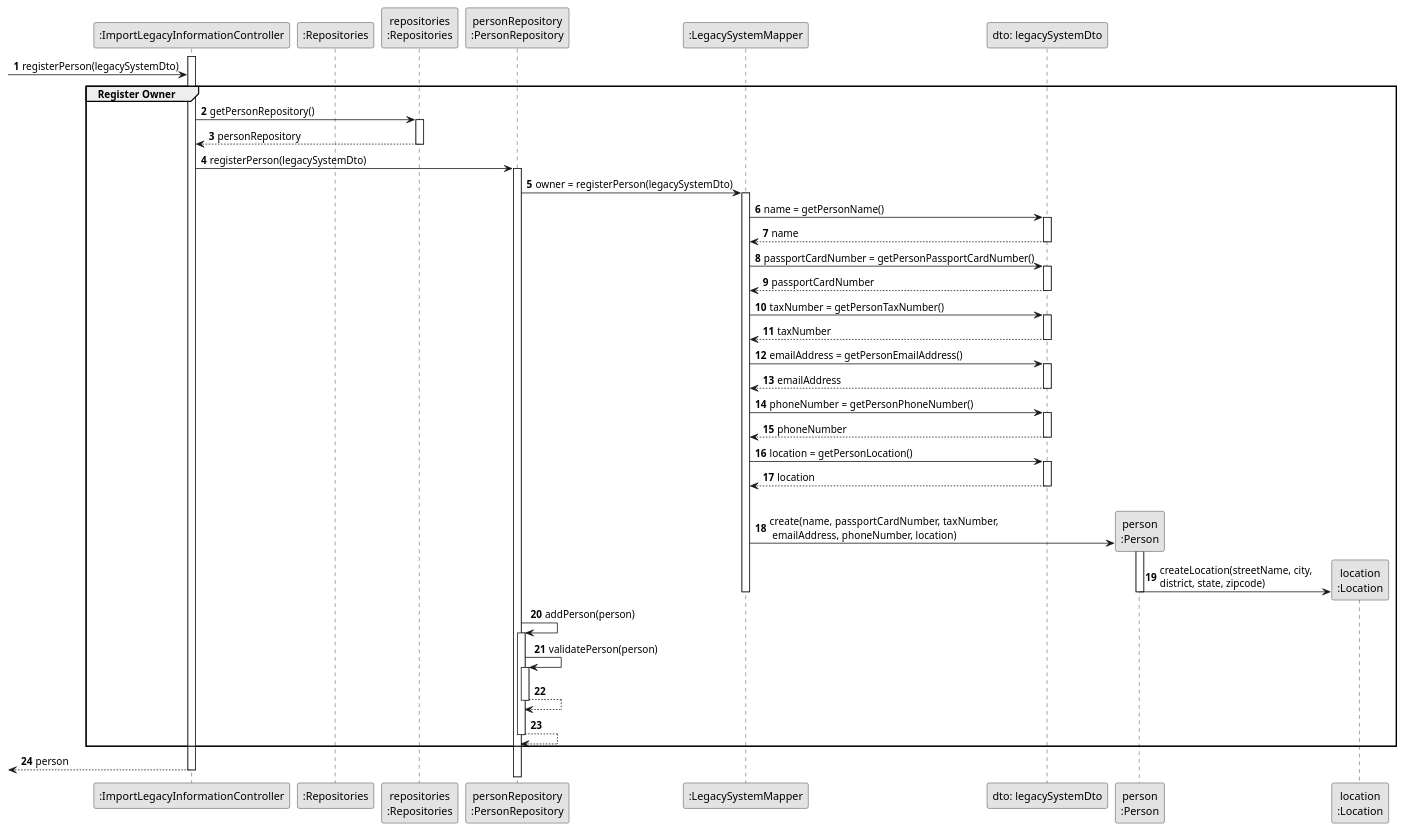
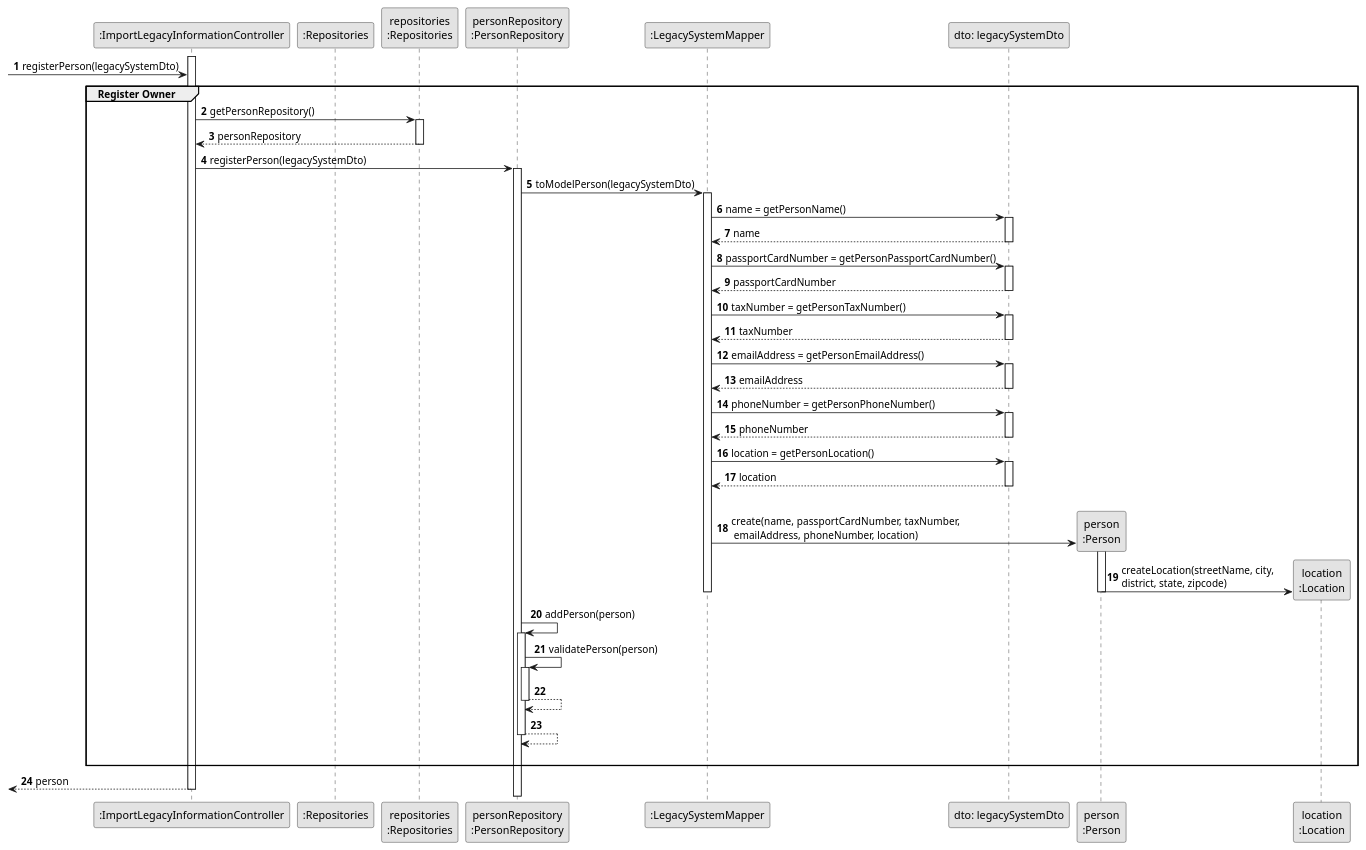
One commit to rita-barbosa/LAPR2-2223 changed the diagram in docs/sprintC/us012/03.design/puml/us012-sequence-diagram-partial-register-owner.puml. Above: the diagram before and after it, drawn with PlantUML.

Commit message:
Update partial SD - Register Owner [US012][Design]

```diff
--- a/docs/sprintC/us012/03.design/puml/us012-sequence-diagram-partial-register-owner.puml
+++ b/docs/sprintC/us012/03.design/puml/us012-sequence-diagram-partial-register-owner.puml
@@ -1,102 +1,102 @@
 @startuml
 skinparam monochrome true
 skinparam packageStyle rectangle
 skinparam shadowing false
 
 autonumber
 
 'hide footbox
 participant ":ImportLegacyInformationController" as CTRL
 participant ":Repositories" as RepositorySingleton
 participant "repositories\n:Repositories" as PLAT
 participant "personRepository\n:PersonRepository" as PERSONREP
 participant ":LegacySystemMapper" as LEGSYSTMAPPER
 participant "dto: legacySystemDto" as LEGSYSTDTO
 participant "person\n:Person" as PERSON
 participant "location\n:Location" as LOCATION
 
 
 activate CTRL
 
     -> CTRL : registerPerson(legacySystemDto)
 
     group Register Owner
 
     CTRL -> PLAT : getPersonRepository()
     activate PLAT
 
     PLAT --> CTRL : personRepository
     deactivate PLAT
 
     CTRL -> PERSONREP : registerPerson(legacySystemDto)
     activate PERSONREP
 
-    PERSONREP -> LEGSYSTMAPPER : owner = registerPerson(legacySystemDto)
+    PERSONREP -> LEGSYSTMAPPER : toModelPerson(legacySystemDto)
     activate LEGSYSTMAPPER
 
     LEGSYSTMAPPER -> LEGSYSTDTO : name = getPersonName()
     activate LEGSYSTDTO
 
     LEGSYSTDTO --> LEGSYSTMAPPER : name
     deactivate LEGSYSTDTO
 
     LEGSYSTMAPPER -> LEGSYSTDTO : passportCardNumber = getPersonPassportCardNumber()
     activate LEGSYSTDTO
 
     LEGSYSTDTO --> LEGSYSTMAPPER : passportCardNumber
     deactivate LEGSYSTDTO
 
     LEGSYSTMAPPER -> LEGSYSTDTO : taxNumber = getPersonTaxNumber()
     activate LEGSYSTDTO
 
     LEGSYSTDTO --> LEGSYSTMAPPER : taxNumber
     deactivate LEGSYSTDTO
 
     LEGSYSTMAPPER -> LEGSYSTDTO : emailAddress = getPersonEmailAddress()
     activate LEGSYSTDTO
 
     LEGSYSTDTO --> LEGSYSTMAPPER : emailAddress
     deactivate LEGSYSTDTO
 
     LEGSYSTMAPPER -> LEGSYSTDTO : phoneNumber = getPersonPhoneNumber()
     activate LEGSYSTDTO
 
     LEGSYSTDTO --> LEGSYSTMAPPER : phoneNumber
     deactivate LEGSYSTDTO
 
     LEGSYSTMAPPER -> LEGSYSTDTO : location = getPersonLocation()
     activate LEGSYSTDTO
 
     LEGSYSTDTO --> LEGSYSTMAPPER : location
     deactivate LEGSYSTDTO
 
     |||
 
     LEGSYSTMAPPER -> PERSON** : create(name, passportCardNumber, taxNumber,\n emailAddress, phoneNumber, location)
     activate PERSON
 
     PERSON -> LOCATION** : createLocation(streetName, city, \ndistrict, state, zipcode)
     deactivate PERSON
     deactivate LEGSYSTMAPPER
 
     PERSONREP -> PERSONREP: addPerson(person)
     activate PERSONREP
 
         PERSONREP -> PERSONREP: validatePerson(person)
         activate PERSONREP
 
         PERSONREP --> PERSONREP :
         deactivate PERSONREP
 
     PERSONREP --> PERSONREP :
     deactivate PERSONREP
+    |||
 
     end group
 
     <-- CTRL : person
 
 deactivate CTRL
 
 
-
 @enduml
```
